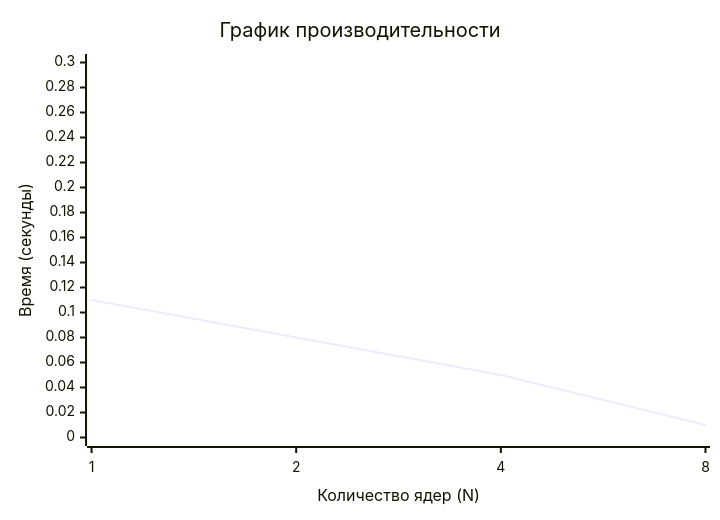
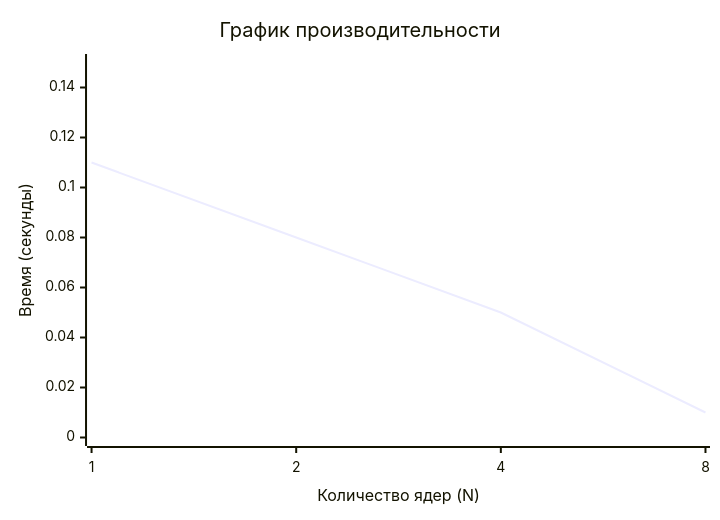
Before and after one commit to rappeutunutenkeli/running-MPI-on-a-supercomputer: the diagram in README.md, drawn with Mermaid. The commit also changed other lines of this file, not shown here.

````diff
--- a/README.md
+++ b/README.md
@@ -31,16 +31,16 @@
 ```mermaid
 ---
 title: "График производительности"
 config:
   themeVariables:
     xyChart:
       primaryColor: "#1f77b4"
       primaryBorderColor: "#ff7f0e"
       lineColor: "#2ca02c"
 ---
 xychart-beta
     title "График производительности"
     x-axis "Количество ядер (N)" [1, 2, 4, 8]
-    y-axis "Время (секунды)" 0 --> 0.3
+    y-axis "Время (секунды)" 0 --> 0.15
     line "4×32" [0.11, 0.08, 0.05, 0.01]
 ```
````
